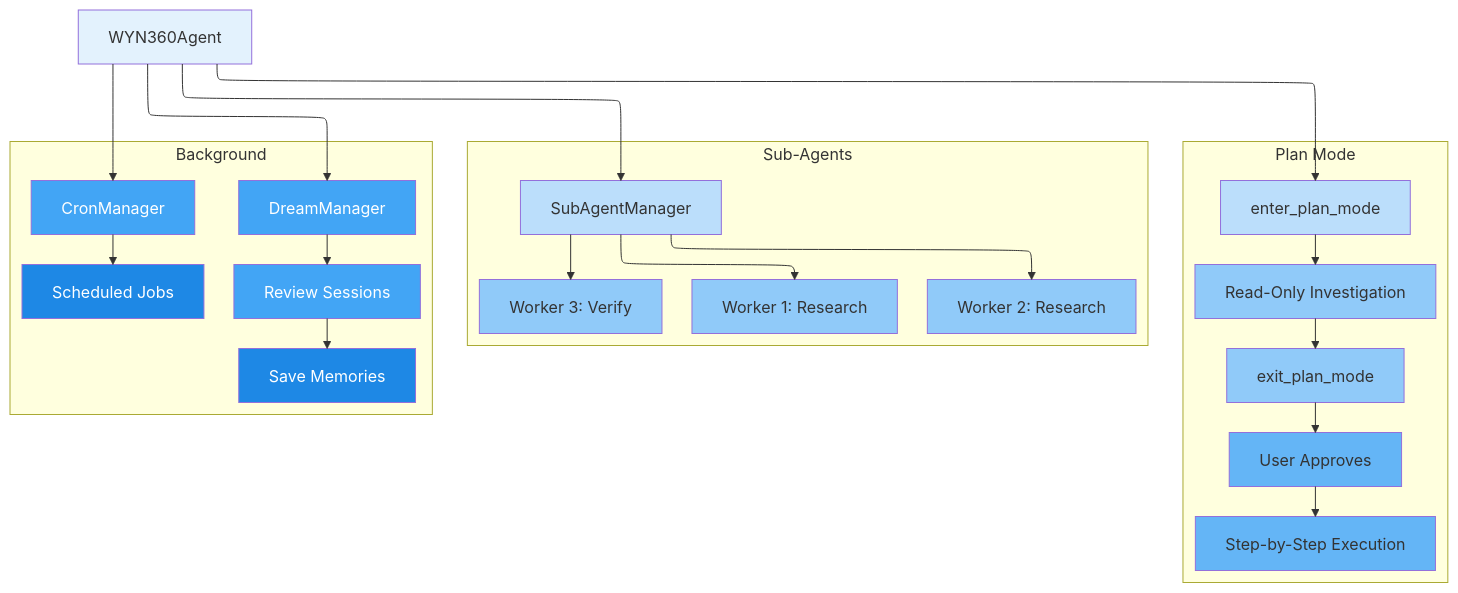
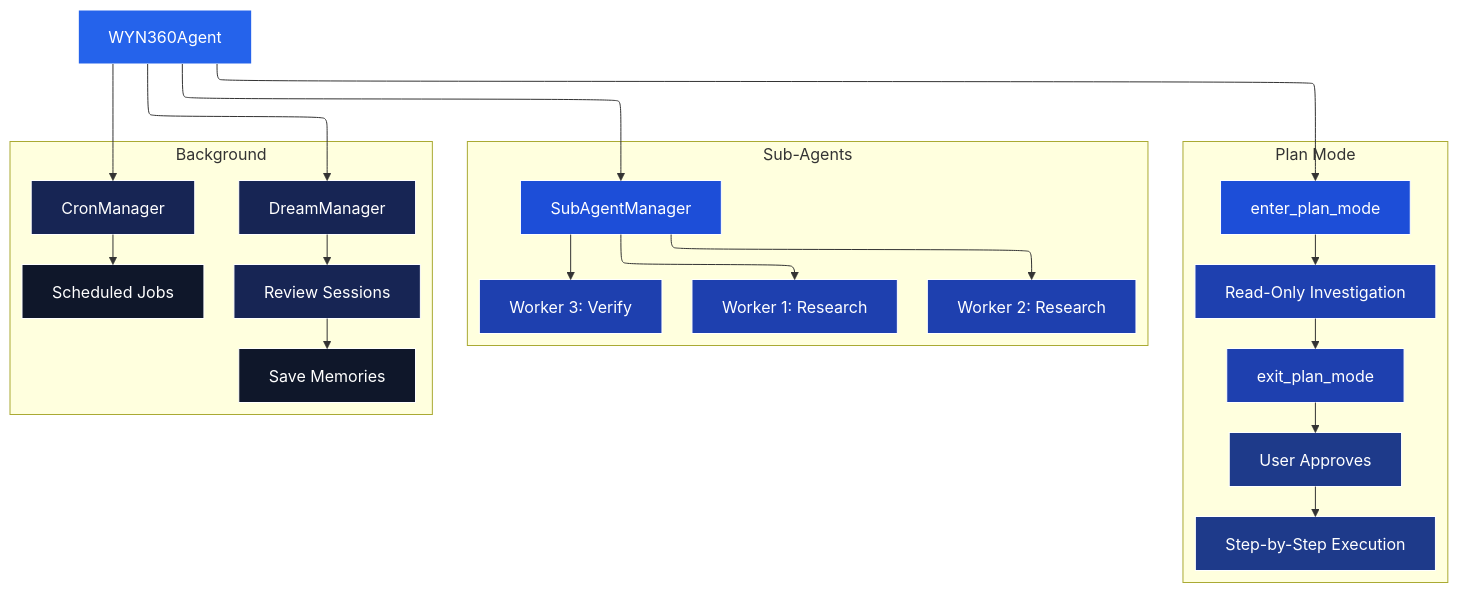
The third of 4 diagrams in docusaurus-docs/docs/architecture/system.md (yiqiao-yin/wyn360-cli), drawn with Mermaid before and after one commit. The commit also changed other lines of this file and 3 other files, not shown here.

First line of the commit message:
style: Darken Mermaid theme and add fullscreen toggle on system architecture page

````diff
--- a/docusaurus-docs/docs/architecture/system.md
+++ b/docusaurus-docs/docs/architecture/system.md
@@ -195,46 +195,46 @@
 ```mermaid
 ---
 config:
   layout: elk
 ---
 graph TB
     Agent[WYN360Agent] --> Planner
     Agent --> SubAgent
     Agent --> Dream
     Agent --> Cron
 
     subgraph "Plan Mode"
         Planner[enter_plan_mode] --> Investigate[Read-Only Investigation]
         Investigate --> Exit[exit_plan_mode]
         Exit --> Approve[User Approves]
         Approve --> Execute[Step-by-Step Execution]
     end
 
     subgraph "Sub-Agents"
         SubAgent[SubAgentManager] --> W1[Worker 1: Research]
         SubAgent --> W2[Worker 2: Research]
         SubAgent --> W3[Worker 3: Verify]
     end
 
     subgraph "Background"
         Dream[DreamManager] --> Consolidate[Review Sessions]
         Consolidate --> SaveMem[Save Memories]
         Cron[CronManager] --> Jobs[Scheduled Jobs]
     end
 
-    style Agent fill:#e3f2fd
-    style Planner fill:#bbdefb
-    style Investigate fill:#90caf9
-    style Exit fill:#90caf9
-    style Approve fill:#64b5f6
-    style Execute fill:#64b5f6
-    style SubAgent fill:#bbdefb
-    style W1 fill:#90caf9
-    style W2 fill:#90caf9
-    style W3 fill:#90caf9
-    style Dream fill:#42a5f5,color:#fff
-    style Consolidate fill:#42a5f5,color:#fff
-    style SaveMem fill:#1e88e5,color:#fff
-    style Cron fill:#42a5f5,color:#fff
-    style Jobs fill:#1e88e5,color:#fff
+    style Agent fill:#2563eb,color:#fff,stroke:#fff,stroke-width:1px
+    style Planner fill:#1d4ed8,color:#fff,stroke:#fff,stroke-width:1px
+    style Investigate fill:#1e40af,color:#fff,stroke:#fff,stroke-width:1px
+    style Exit fill:#1e40af,color:#fff,stroke:#fff,stroke-width:1px
+    style Approve fill:#1e3a8a,color:#fff,stroke:#fff,stroke-width:1px
+    style Execute fill:#1e3a8a,color:#fff,stroke:#fff,stroke-width:1px
+    style SubAgent fill:#1d4ed8,color:#fff,stroke:#fff,stroke-width:1px
+    style W1 fill:#1e40af,color:#fff,stroke:#fff,stroke-width:1px
+    style W2 fill:#1e40af,color:#fff,stroke:#fff,stroke-width:1px
+    style W3 fill:#1e40af,color:#fff,stroke:#fff,stroke-width:1px
+    style Dream fill:#172554,color:#fff,stroke:#fff,stroke-width:1px
+    style Consolidate fill:#172554,color:#fff,stroke:#fff,stroke-width:1px
+    style SaveMem fill:#0f172a,color:#fff,stroke:#fff,stroke-width:1px
+    style Cron fill:#172554,color:#fff,stroke:#fff,stroke-width:1px
+    style Jobs fill:#0f172a,color:#fff,stroke:#fff,stroke-width:1px
 ```
````
